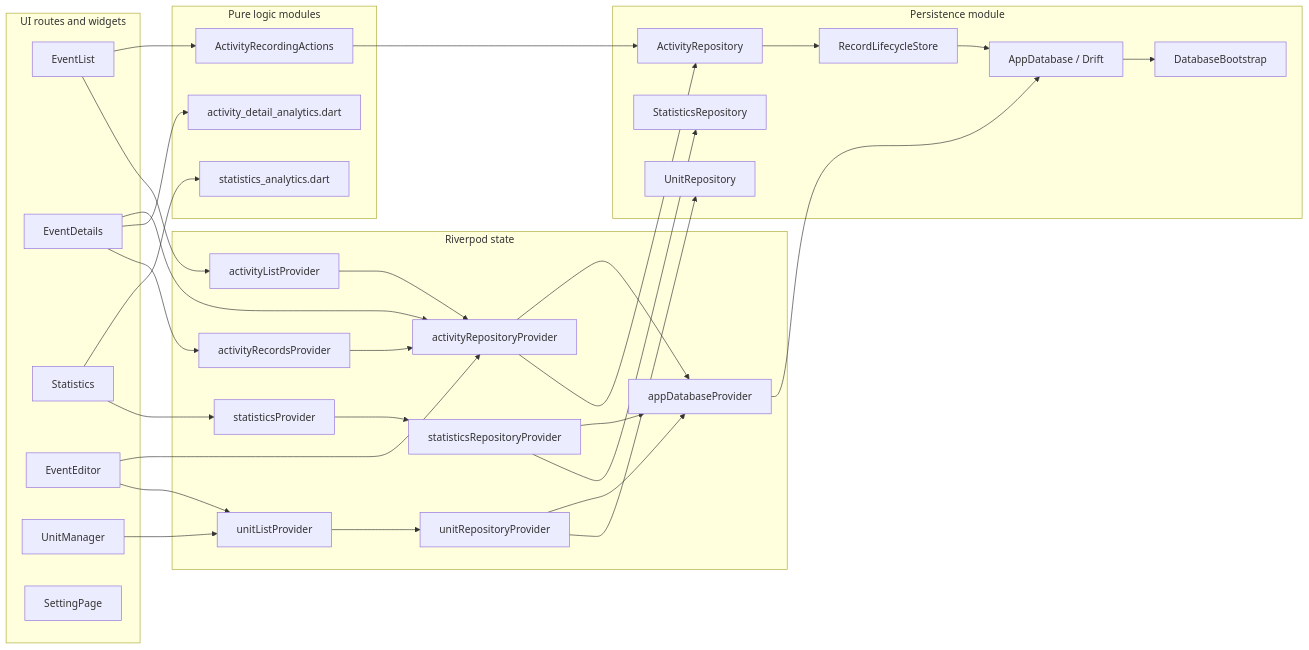
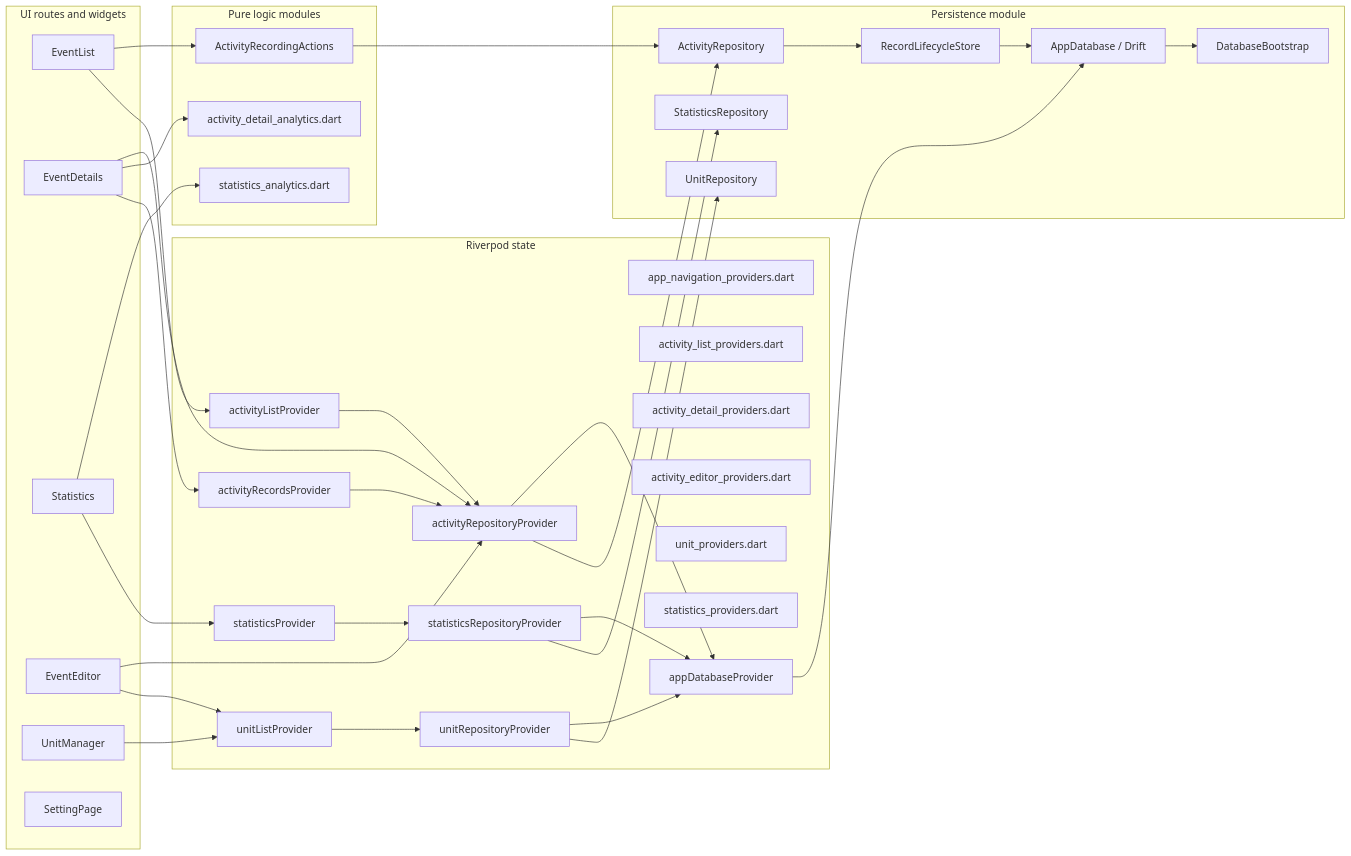
Before and after one commit to Guoyuer/eventTracker: the first of 5 diagrams in docs/architecture/module-flow.md, drawn with Mermaid. The commit also changed other lines of this file and 18 other files, not shown here.

````diff
--- a/docs/architecture/module-flow.md
+++ b/docs/architecture/module-flow.md
@@ -7,63 +7,69 @@
 ```mermaid
 flowchart LR
   subgraph UI["UI routes and widgets"]
     EventList["EventList"]
     EventDetails["EventDetails"]
     Statistics["Statistics"]
     EventEditor["EventEditor"]
     UnitManager["UnitManager"]
     Settings["SettingPage"]
   end
 
   subgraph Logic["Pure logic modules"]
     ActivityDetailAnalytics["activity_detail_analytics.dart"]
     StatisticsAnalytics["statistics_analytics.dart"]
     ActivityRecordingActions["ActivityRecordingActions"]
   end
 
   subgraph State["Riverpod state"]
+    AppNavigationProviders["app_navigation_providers.dart"]
+    ActivityListProviders["activity_list_providers.dart"]
+    ActivityDetailProviders["activity_detail_providers.dart"]
+    ActivityEditorProviders["activity_editor_providers.dart"]
+    UnitProviders["unit_providers.dart"]
+    StatisticsProviders["statistics_providers.dart"]
     AppDatabaseProvider["appDatabaseProvider"]
     ActivityRepositoryProvider["activityRepositoryProvider"]
     UnitRepositoryProvider["unitRepositoryProvider"]
     StatisticsRepositoryProvider["statisticsRepositoryProvider"]
     ActivityListProvider["activityListProvider"]
     ActivityRecordsProvider["activityRecordsProvider"]
     UnitListProvider["unitListProvider"]
     StatisticsProvider["statisticsProvider"]
   end
 
   subgraph Persistence["Persistence module"]
     DatabaseBootstrap["DatabaseBootstrap"]
     ActivityRepository["ActivityRepository"]
     RecordLifecycleStore["RecordLifecycleStore"]
     UnitRepository["UnitRepository"]
     StatisticsRepository["StatisticsRepository"]
     AppDatabase["AppDatabase / Drift"]
   end
 
   EventList --> ActivityListProvider
   EventList --> ActivityRecordingActions
   ActivityRecordingActions --> ActivityRepository
   ActivityListProvider --> ActivityRepositoryProvider
   EventDetails --> ActivityRecordsProvider
   ActivityRecordsProvider --> ActivityRepositoryProvider
   EventEditor --> UnitListProvider
   UnitManager --> UnitListProvider
   UnitListProvider --> UnitRepositoryProvider
   Statistics --> StatisticsProvider
   StatisticsProvider --> StatisticsRepositoryProvider
   EventEditor --> ActivityRepositoryProvider
   EventDetails --> ActivityDetailAnalytics
   EventDetails --> ActivityRepositoryProvider
   Statistics --> StatisticsAnalytics
   ActivityRepositoryProvider --> ActivityRepository
   ActivityRepository --> RecordLifecycleStore
   RecordLifecycleStore --> AppDatabase
   UnitRepositoryProvider --> UnitRepository
   StatisticsRepositoryProvider --> StatisticsRepository
   ActivityRepositoryProvider --> AppDatabaseProvider
   UnitRepositoryProvider --> AppDatabaseProvider
   StatisticsRepositoryProvider --> AppDatabaseProvider
   AppDatabaseProvider --> AppDatabase
   AppDatabase --> DatabaseBootstrap
 ```
````
